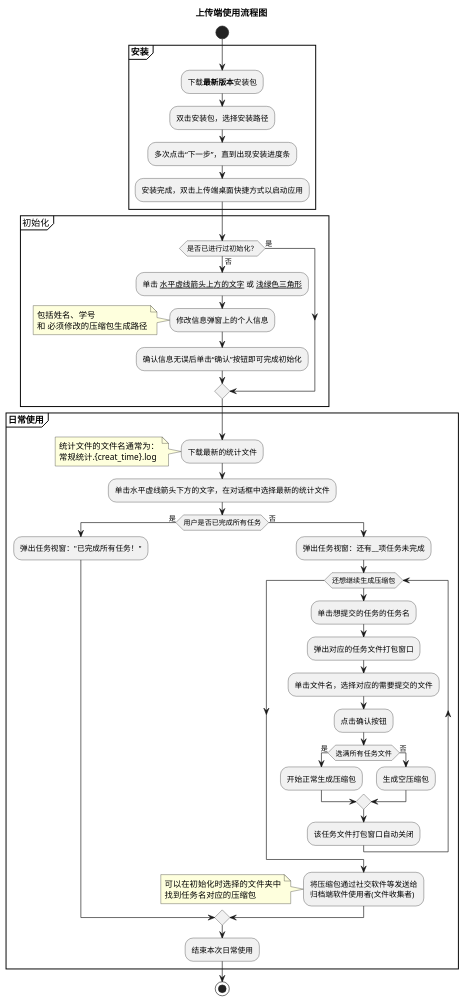
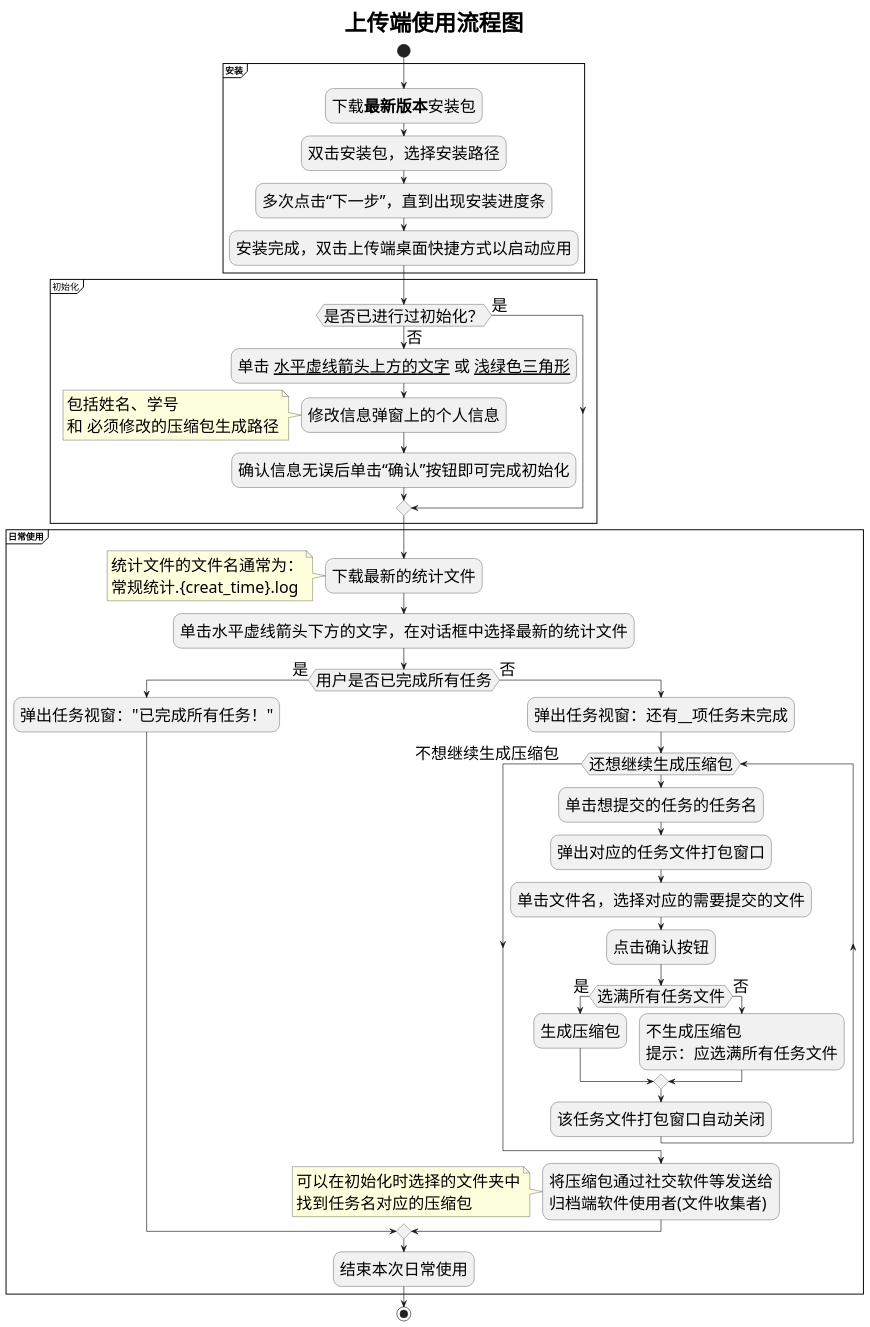
The diagram in 上传端/打包流程图.iuml (lmq624/Tools-for-students), drawn with PlantUML before and after one commit.

Commit message:
完善了上传端使用流程图脚本，特别是现在更清晰了

```diff
--- a/上传端/打包流程图.iuml
+++ b/上传端/打包流程图.iuml
@@ -1,48 +1,48 @@
 @startuml  
-title 上传端使用流程图
+title <font size="35">上传端使用流程图</font>
 
 start
 partition <b>安装</b> {
-    :下载<b>最新版本</b>安装包;
-    :双击安装包，选择安装路径;
-    :多次点击“下一步”，直到出现安装进度条;
-    :安装完成，双击上传端桌面快捷方式以启动应用;
+    :<font size="25">下载<b>最新版本</b>安装包</font>;
+    :<font size="25">双击安装包，选择安装路径</font>;
+    :<font size="25">多次点击“下一步”，直到出现安装进度条</font>;
+    :<font size="25">安装完成，双击上传端桌面快捷方式以启动应用</font>;
 }
 partition 初始化 {
-    if (是否已进行过初始化？) then (否)
-        :单击 <u>水平虚线箭头上方的文字</u> 或 <u>浅绿色三角形</u>;
-        :修改信息弹窗上的个人信息;
-        note left:包括姓名、学号\n和 必须修改的压缩包生成路径
-        :确认信息无误后单击“确认”按钮即可完成初始化;
-    else (是)
+    if (<font size="25">是否已进行过初始化？</font>) then (<font size="25">否</font>)
+        :<font size="25">单击 <u>水平虚线箭头上方的文字</u> 或 <u>浅绿色三角形</u></font>;
+        :<font size="25">修改信息弹窗上的个人信息</font>;
+        note left:<font size="25">包括姓名、学号\n<font size="25">和 必须修改的压缩包生成路径</font>
+        :<font size="25">确认信息无误后单击“确认”按钮即可完成初始化</font>;
+    else (<font size="25">是</font>)
     endif
 }
 
 partition <b>日常使用</b> {
-    :下载最新的统计文件;
-    note left:统计文件的文件名通常为：\n常规统计.{creat_time}.log
-    :单击水平虚线箭头下方的文字，在对话框中选择最新的统计文件;
-    if (用户是否已完成所有任务) then (是)
-    :弹出任务视窗："已完成所有任务！";
-    else (否)
-        :弹出任务视窗：还有__项任务未完成;
-        while (还想继续生成压缩包)
-            :单击想提交的任务的任务名;
-            :弹出对应的任务文件打包窗口;
-            :单击文件名，选择对应的需要提交的文件;
-            :点击确认按钮;
-            if (选满所有任务文件) then (是)
-                :开始正常生成压缩包;
-            else (否)
-                :生成空压缩包;
+    :<font size="25">下载最新的统计文件</font>;
+    note left:<font size="25">统计文件的文件名通常为：\n<font size="25">常规统计.{creat_time}.log</font>
+    :<font size="25">单击水平虚线箭头下方的文字，在对话框中选择最新的统计文件</font>;
+    if (<font size="25">用户是否已完成所有任务</font>) then (<font size="25">是</font>)
+    :<font size="25">弹出任务视窗："已完成所有任务！"</font>;
+    else (<font size="25">否</font>)
+        :<font size="25">弹出任务视窗：还有__项任务未完成</font>;
+        while (<font size="25">还想继续生成压缩包</font>)
+            :<font size="25">单击想提交的任务的任务名</font>;
+            :<font size="25">弹出对应的任务文件打包窗口</font>;
+            :<font size="25">单击文件名，选择对应的需要提交的文件</font>;
+            :<font size="25">点击确认按钮</font>;
+            if (<font size="25">选满所有任务文件</font>) then (<font size="25">是</font>)
+                :<font size="25">生成压缩包</font>;
+            else (<font size="25">否</font>)
+                :<font size="25">不生成压缩包\n<font size="25">提示：应选满所有任务文件</font>;
             endif
-            :该任务文件打包窗口自动关闭;
-        endwhile
-        :将压缩包通过社交软件等发送给\n归档端软件使用者(文件收集者);
-        note left:可以在初始化时选择的文件夹中\n找到任务名对应的压缩包
+            :<font size="25">该任务文件打包窗口自动关闭</font>;
+        endwhile (<font size="25">不想继续生成压缩包\t</font>)
+        :<font size="25">将压缩包通过社交软件等发送给\n<font size="25">归档端软件使用者(文件收集者)</font>;
+        note left:<font size="25">可以在初始化时选择的文件夹中\n<font size="25">找到任务名对应的压缩包</font>
     endif
-    :结束本次日常使用;
+    :<font size="25">结束本次日常使用</font>;
 }
 
 stop
 @enduml
```
